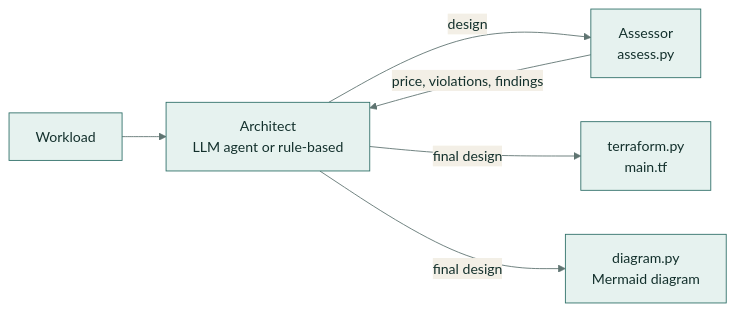
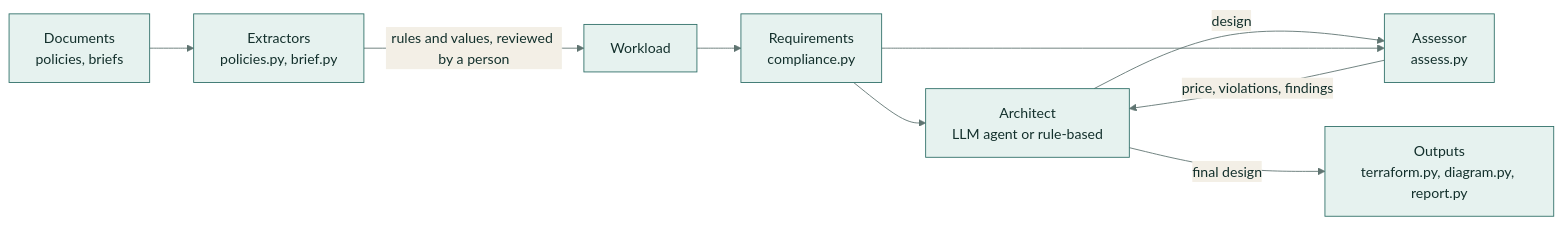
One commit to samiulhuda360/cloud-architect-agent changed the diagram in docs/architecture.md. Above: the diagram before and after it, drawn with Mermaid. The commit also changed other lines of this file and 16 other files, not shown here.

Commit message:
README and architecture reference, with screenshots and a demo GIF

````diff
--- a/docs/architecture.md
+++ b/docs/architecture.md
@@ -5,9 +5,12 @@
 ```mermaid
 %%{init: {"theme": "base", "themeVariables": {"primaryColor": "#e6f2ef", "primaryBorderColor": "#2f6f68", "primaryTextColor": "#13302c", "lineColor": "#5f7471", "secondaryColor": "#f3efe6", "tertiaryColor": "#f7f8f6"}}}%%
 flowchart LR
-  W["Workload"] --> A["Architect<br/>LLM agent or rule-based"]
+  D["Documents<br/>policies, briefs"] --> X["Extractors<br/>policies.py, brief.py"]
+  X -- "rules and values, reviewed by a person" --> W["Workload"]
+  W --> R["Requirements<br/>compliance.py"]
+  R --> A["Architect<br/>LLM agent or rule-based"]
   A -- "design" --> S["Assessor<br/>assess.py"]
+  R --> S
   S -- "price, violations, findings" --> A
-  A -- "final design" --> T["terraform.py<br/>main.tf"]
-  A -- "final design" --> D["diagram.py<br/>Mermaid diagram"]
+  A -- "final design" --> O["Outputs<br/>terraform.py, diagram.py, report.py"]
 ```
````
